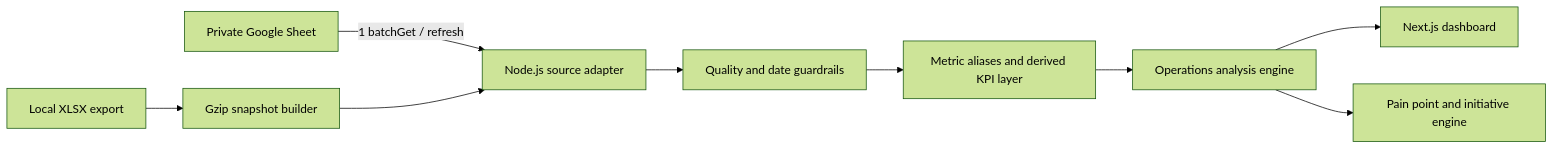
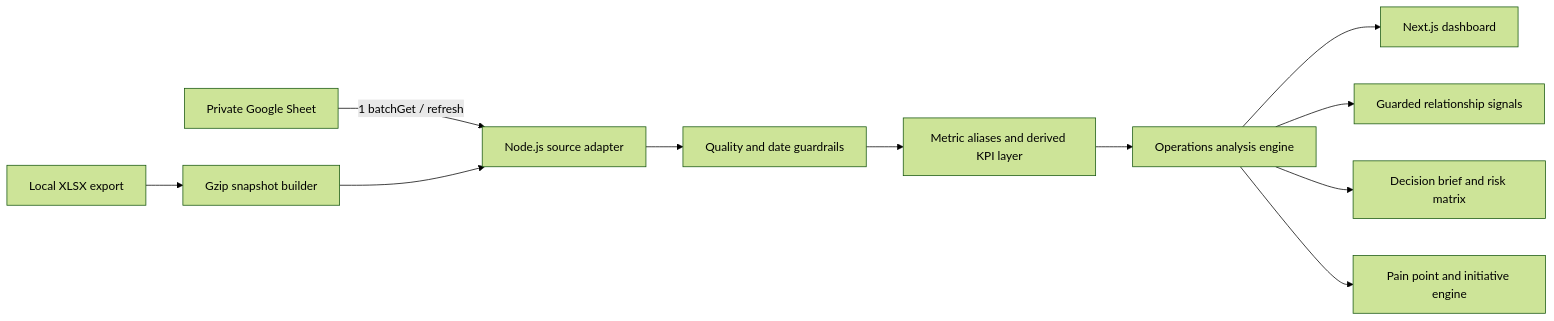
Before and after one commit to FIT-Developers-Team/ex-analysis-system: the diagram in README.md, drawn with Mermaid (forest theme). The commit also changed other lines of this file and 7 other files, not shown here.

````diff
--- a/README.md
+++ b/README.md
@@ -17,11 +20,13 @@
 ```mermaid
 flowchart LR
     GS["Private Google Sheet"] -->|"1 batchGet / refresh"| API["Node.js source adapter"]
     XLSX["Local XLSX export"] --> SNAP["Gzip snapshot builder"]
     SNAP --> API
     API --> DQ["Quality and date guardrails"]
     DQ --> SEM["Metric aliases and derived KPI layer"]
     SEM --> ENG["Operations analysis engine"]
     ENG --> UI["Next.js dashboard"]
+    ENG --> REL["Guarded relationship signals"]
+    ENG --> DEC["Decision brief and risk matrix"]
     ENG --> REC["Pain point and initiative engine"]
 ```
````
